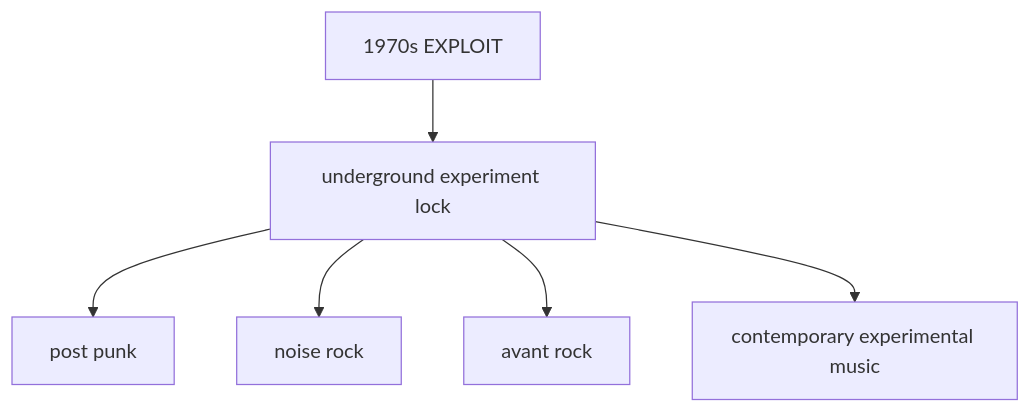
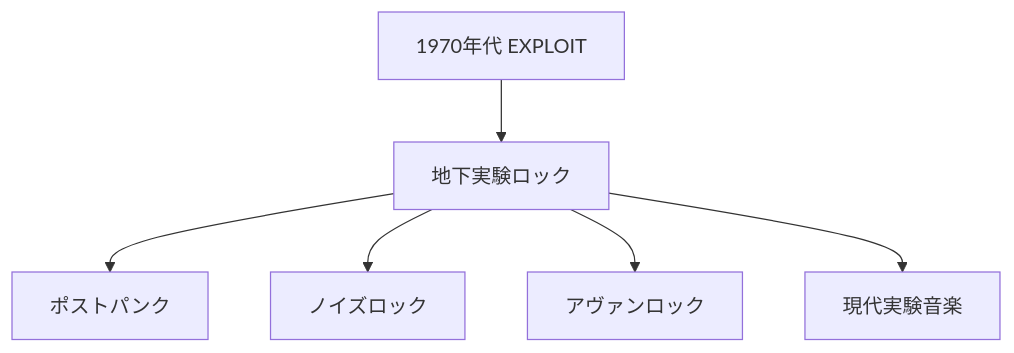
The sixth of 6 diagrams in en/_posts/2026-05-16-column-exploit.md (monumental-movement/monumental-movement.github.io), drawn with Mermaid before and after one commit. The commit also changed other lines of this file and 2196 other files, not shown here.

```diff
--- a/en/_posts/2026-05-16-column-exploit.md
+++ b/en/_posts/2026-05-16-column-exploit.md
@@ -334,8 +333,8 @@
 <div class="mermaid">
 graph TD
-A[1970s EXPLOIT] --> B[underground experiment lock]
-B --> C[post punk]
-B --> D[noise rock]
-B --> E[avant rock]
-B --> F[contemporary experimental music]
+A[1970年代 EXPLOIT] --> B[地下実験ロック]
+B --> C[ポストパンク]
+B --> D[ノイズロック]
+B --> E[アヴァンロック]
+B --> F[現代実験音楽]
 </div>
```
